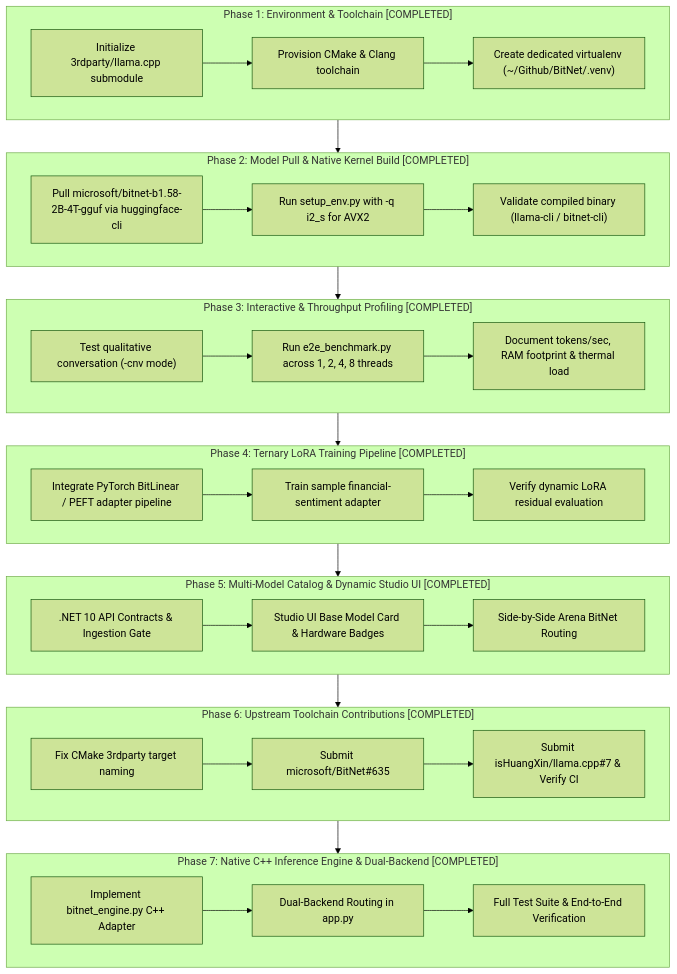
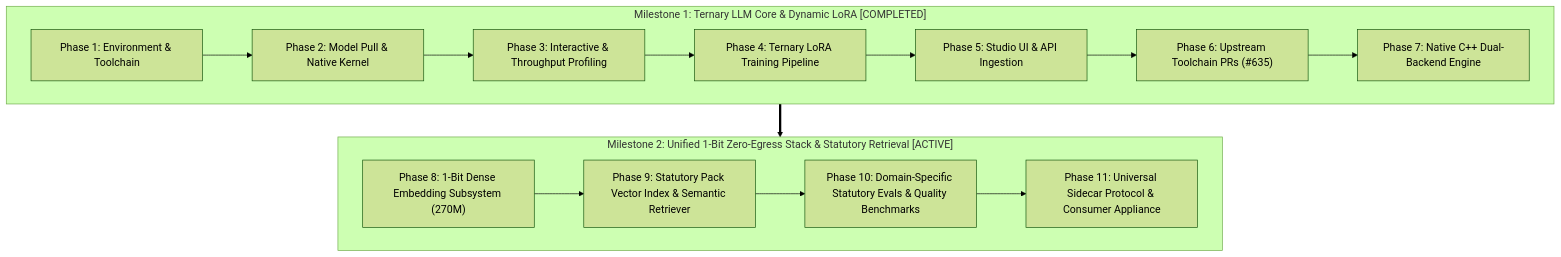
One commit to knowthankyew/event-driven-ftaas changed the second of 2 diagrams in docs/ROADMAP.md. Above: the diagram before and after it, drawn with Mermaid (forest theme). The commit also changed other lines of this file, not shown here.

Commit message:
docs(roadmap): expand roadmap with Milestone 2 for 1-bit dense embeddings (270M) and unified zero-egress stack

````diff
--- a/docs/ROADMAP.md
+++ b/docs/ROADMAP.md
@@ -87,39 +101,22 @@
 ```mermaid
 flowchart TD
-    subgraph P1["Phase 1: Environment & Toolchain [COMPLETED]"]
-        A1["Initialize 3rdparty/llama.cpp submodule"] --> A2["Provision CMake & Clang toolchain"]
-        A2 --> A3["Create dedicated virtualenv (~/Github/BitNet/.venv)"]
+    subgraph M1["Milestone 1: Ternary LLM Core & Dynamic LoRA [COMPLETED]"]
+        P1["Phase 1: Environment & Toolchain"] --> P2["Phase 2: Model Pull & Native Kernel"]
+        P2 --> P3["Phase 3: Interactive & Throughput Profiling"]
+        P3 --> P4["Phase 4: Ternary LoRA Training Pipeline"]
+        P4 --> P5["Phase 5: Studio UI & API Ingestion"]
+        P5 --> P6["Phase 6: Upstream Toolchain PRs (#635)"]
+        P6 --> P7["Phase 7: Native C++ Dual-Backend Engine"]
     end
 
-    subgraph P2["Phase 2: Model Pull & Native Kernel Build [COMPLETED]"]
-        B1["Pull microsoft/bitnet-b1.58-2B-4T-gguf via huggingface-cli"] --> B2["Run setup_env.py with -q i2_s for AVX2"]
-        B2 --> B3["Validate compiled binary (llama-cli / bitnet-cli)"]
+    subgraph M2["Milestone 2: Unified 1-Bit Zero-Egress Stack & Statutory Retrieval [ACTIVE]"]
+        P8["Phase 8: 1-Bit Dense Embedding Subsystem (270M)"]
+        P9["Phase 9: Statutory Pack Vector Index & Semantic Retriever"]
+        P10["Phase 10: Domain-Specific Statutory Evals & Quality Benchmarks"]
+        P11["Phase 11: Universal Sidecar Protocol & Consumer Appliance"]
+        
+        P8 --> P9 --> P10 --> P11
     end
 
-    subgraph P3["Phase 3: Interactive & Throughput Profiling [COMPLETED]"]
-        C1["Test qualitative conversation (-cnv mode)"] --> C2["Run e2e_benchmark.py across 1, 2, 4, 8 threads"]
-        C2 --> C3["Document tokens/sec, RAM footprint & thermal load"]
-    end
-
-    subgraph P4["Phase 4: Ternary LoRA Training Pipeline [COMPLETED]"]
-        D1["Integrate PyTorch BitLinear / PEFT adapter pipeline"] --> D2["Train sample financial-sentiment adapter"]
-        D2 --> D3["Verify dynamic LoRA residual evaluation"]
-    end
-
-    subgraph P5["Phase 5: Multi-Model Catalog & Dynamic Studio UI [COMPLETED]"]
-        E1[".NET 10 API Contracts & Ingestion Gate"] --> E2["Studio UI Base Model Card & Hardware Badges"]
-        E2 --> E3["Side-by-Side Arena BitNet Routing"]
-    end
-
-    subgraph P6["Phase 6: Upstream Toolchain Contributions [COMPLETED]"]
-        F1["Fix CMake 3rdparty target naming"] --> F2["Submit microsoft/BitNet#635"]
-        F2 --> F3["Submit isHuangXin/llama.cpp#7 & Verify CI"]
-    end
-
-    subgraph P7["Phase 7: Native C++ Inference Engine & Dual-Backend [COMPLETED]"]
-        G1["Implement bitnet_engine.py C++ Adapter"] --> G2["Dual-Backend Routing in app.py"]
-        G2 --> G3["Full Test Suite & End-to-End Verification"]
-    end
-
-    P1 --> P2 --> P3 --> P4 --> P5 --> P6 --> P7
+    M1 ==> M2
 ```
````
